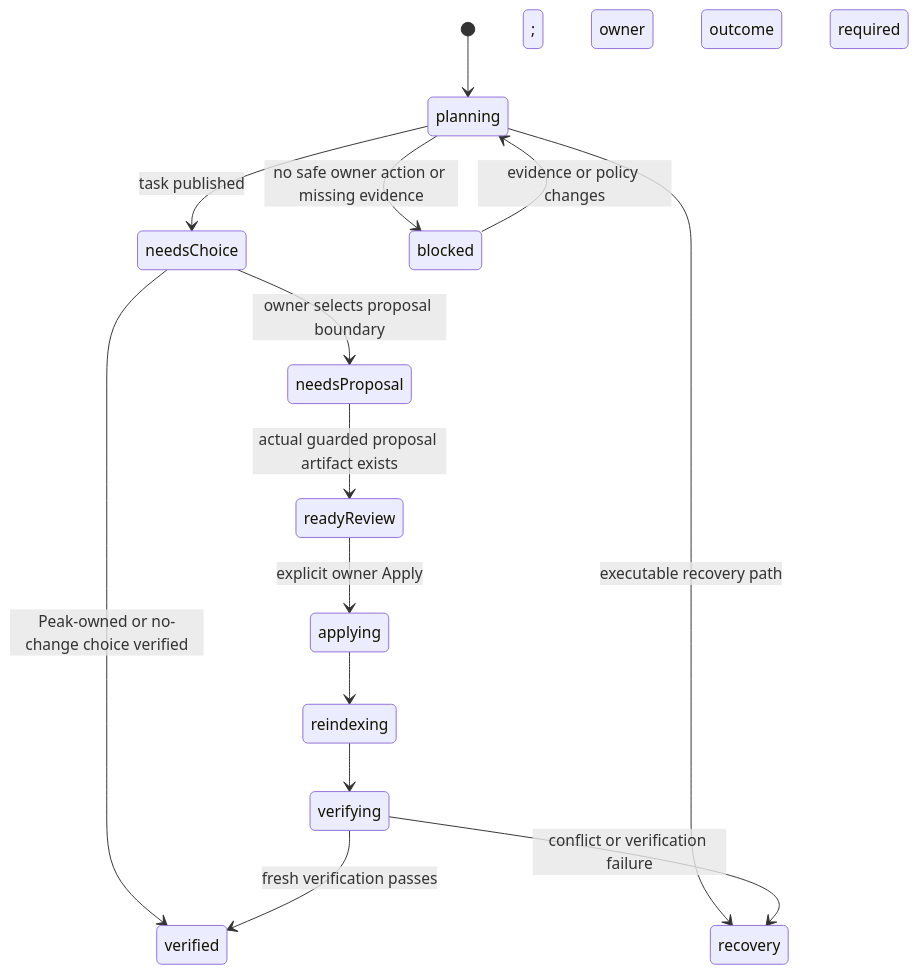
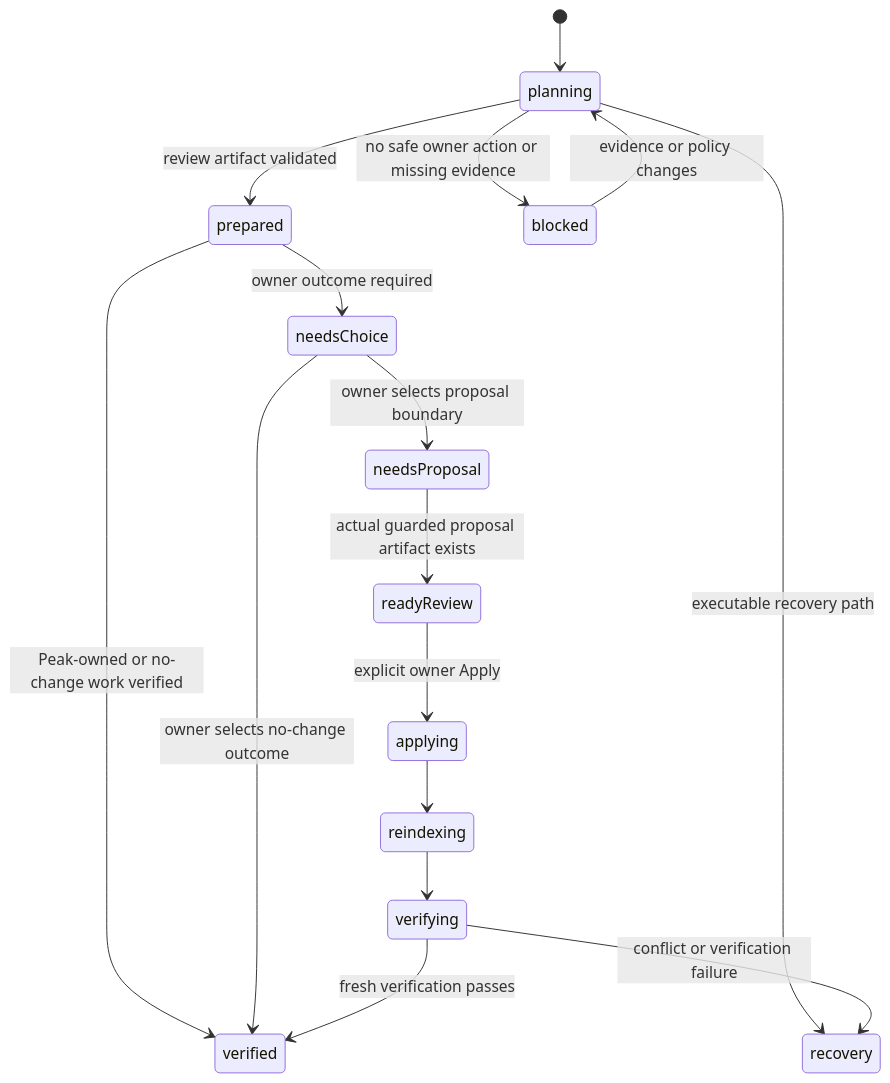
The third of 3 diagrams in docs/superpowers/specs/2026-08-23-vault-scan-review-preparation-design.md (highestpeak/obsidian-peak-assistant), drawn with Mermaid before and after one commit. The commit also changed other lines of this file and 2 other files, not shown here.

Commit message:
docs: define Prepare review agent workflow

````diff
--- a/docs/superpowers/specs/2026-08-23-vault-scan-review-preparation-design.md
+++ b/docs/superpowers/specs/2026-08-23-vault-scan-review-preparation-design.md
@@ -490,16 +666,18 @@
 ```mermaid
 stateDiagram-v2
     [*] --> planning
-    planning --> needsChoice: task published; owner outcome required
+    planning --> prepared: review artifact validated
     planning --> recovery: executable recovery path
     planning --> blocked: no safe owner action or missing evidence
+    prepared --> needsChoice: owner outcome required
+    prepared --> verified: Peak-owned or no-change work verified
     needsChoice --> needsProposal: owner selects proposal boundary
-    needsChoice --> verified: Peak-owned or no-change choice verified
+    needsChoice --> verified: owner selects no-change outcome
     needsProposal --> readyReview: actual guarded proposal artifact exists
     readyReview --> applying: explicit owner Apply
     applying --> reindexing
     reindexing --> verifying
     verifying --> verified: fresh verification passes
     verifying --> recovery: conflict or verification failure
     blocked --> planning: evidence or policy changes
 ```
````
